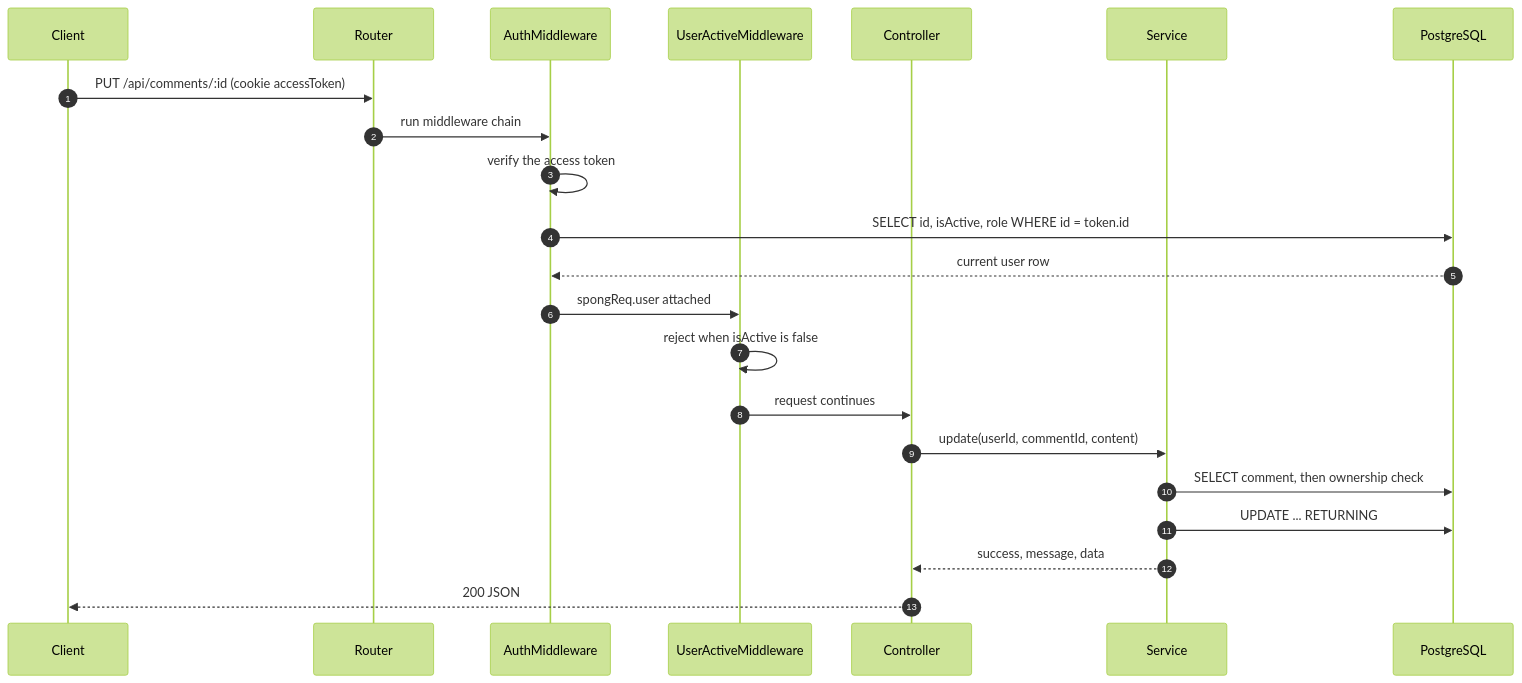
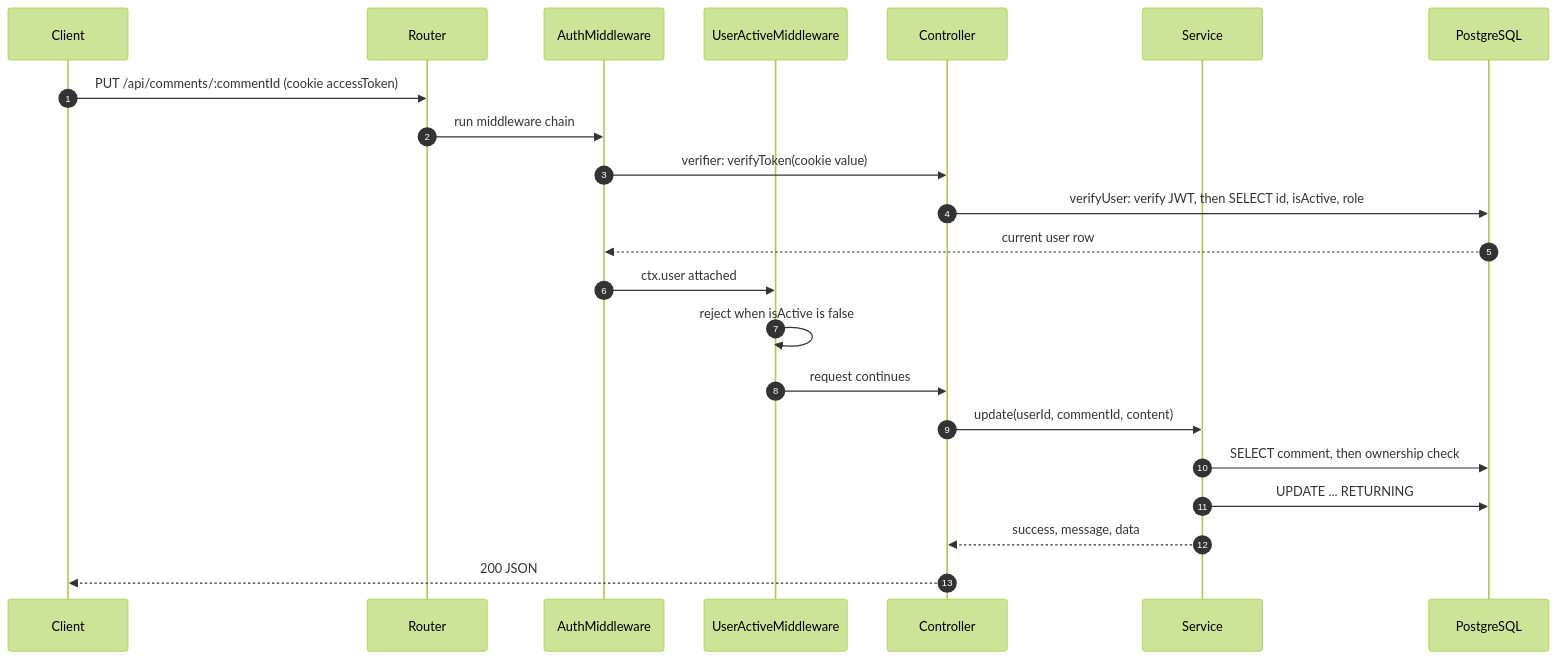
The fourth of 8 diagrams in README.md (ZenZN99/Zentro-Social-Network), drawn with Mermaid (forest theme) before and after one commit. The commit also changed other lines of this file, not shown here.

````diff
--- a/README.md
+++ b/README.md
@@ -352,25 +375,25 @@
 ```mermaid
 sequenceDiagram
   autonumber
   participant C as Client
   participant R as Router
   participant A as AuthMiddleware
   participant U as UserActiveMiddleware
   participant K as Controller
   participant S as Service
   participant D as PostgreSQL
 
-  C->>R: PUT /api/comments/:id (cookie accessToken)
+  C->>R: PUT /api/comments/:commentId (cookie accessToken)
   R->>A: run middleware chain
-  A->>A: verify the access token
-  A->>D: SELECT id, isActive, role WHERE id = token.id
+  A->>K: verifier: verifyToken(cookie value)
+  K->>D: verifyUser: verify JWT, then SELECT id, isActive, role
   D-->>A: current user row
-  A->>U: spongReq.user attached
+  A->>U: ctx.user attached
   U->>U: reject when isActive is false
   U->>K: request continues
   K->>S: update(userId, commentId, content)
   S->>D: SELECT comment, then ownership check
   S->>D: UPDATE ... RETURNING
   S-->>K: success, message, data
   K-->>C: 200 JSON
 ```
````
